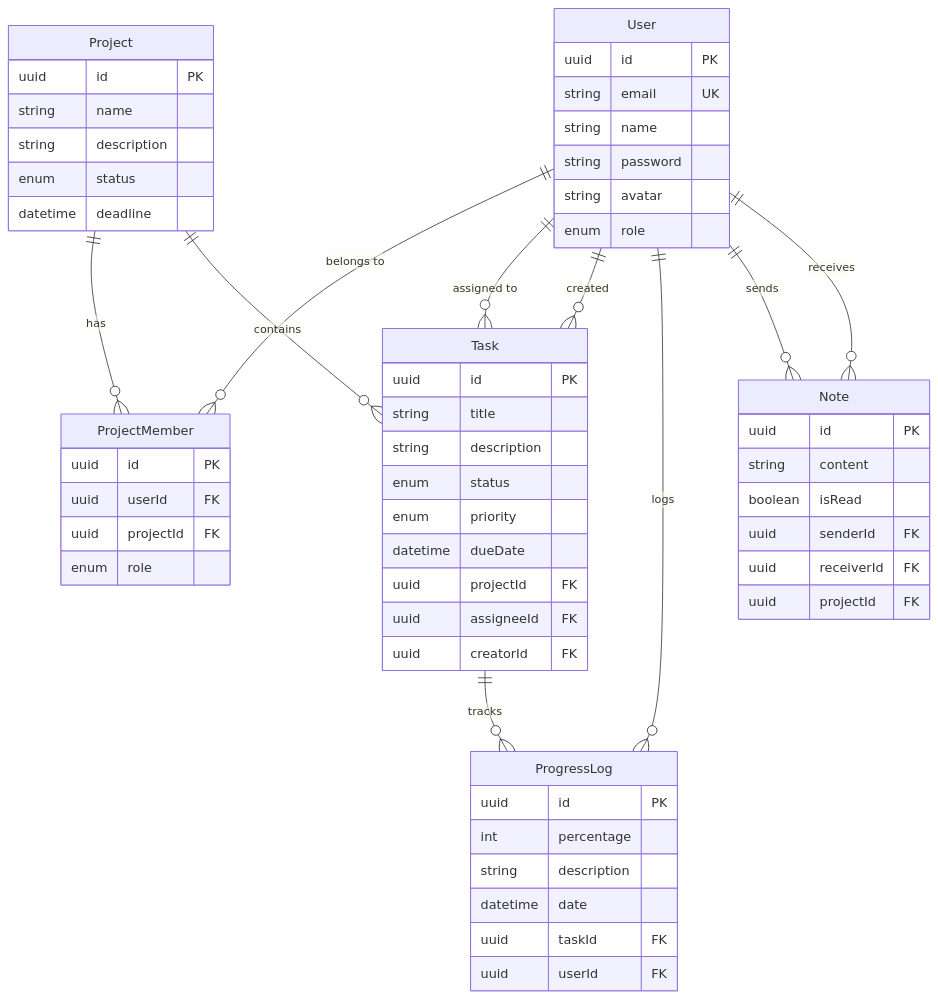
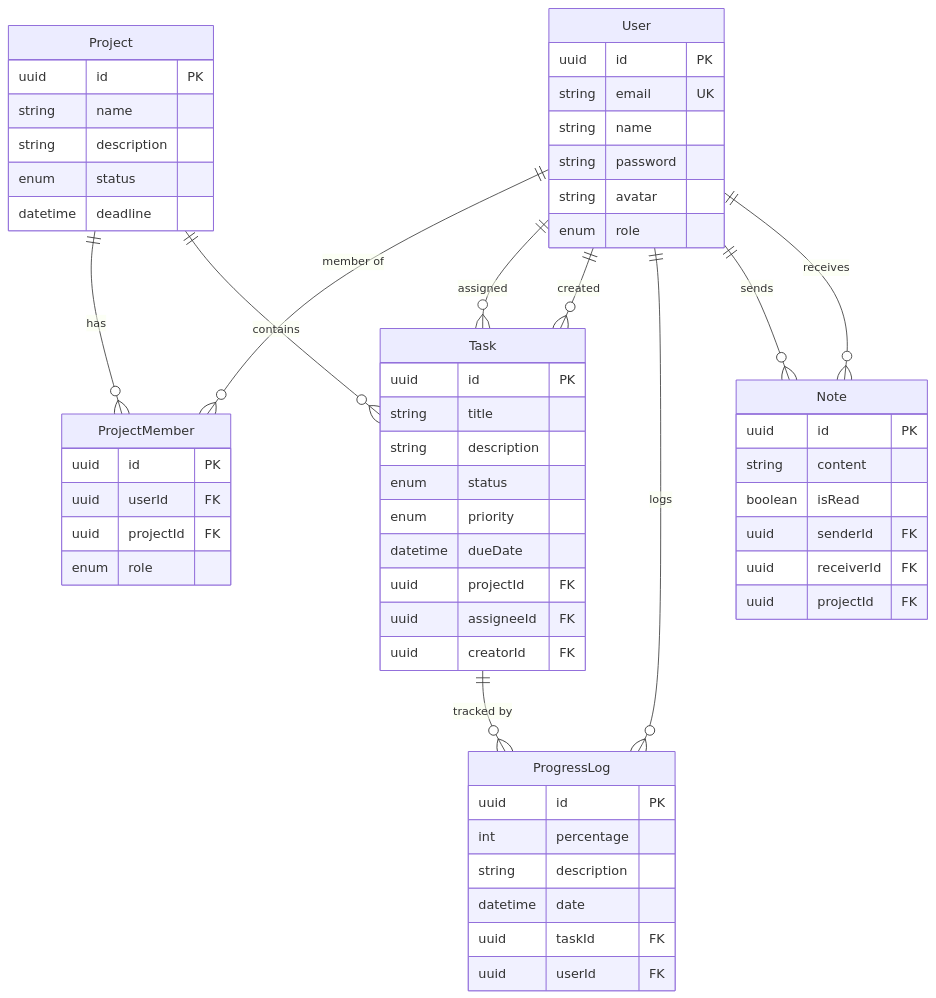
The second of 2 diagrams in README.md (Priyank911/Pulse), drawn with Mermaid before and after one commit. The commit also changed other lines of this file, not shown here.

````diff
--- a/README.md
+++ b/README.md
@@ -129,61 +123,61 @@
 ```mermaid
 erDiagram
     User {
         uuid id PK
         string email UK
         string name
         string password
         string avatar
         enum role
     }
     Project {
         uuid id PK
         string name
         string description
         enum status
         datetime deadline
     }
     ProjectMember {
         uuid id PK
         uuid userId FK
         uuid projectId FK
         enum role
     }
     Task {
         uuid id PK
         string title
         string description
         enum status
         enum priority
         datetime dueDate
         uuid projectId FK
         uuid assigneeId FK
         uuid creatorId FK
     }
     ProgressLog {
         uuid id PK
         int percentage
         string description
         datetime date
         uuid taskId FK
         uuid userId FK
     }
     Note {
         uuid id PK
         string content
         boolean isRead
         uuid senderId FK
         uuid receiverId FK
         uuid projectId FK
     }
 
-    User ||--o{ ProjectMember : "belongs to"
+    User ||--o{ ProjectMember : "member of"
     Project ||--o{ ProjectMember : "has"
     Project ||--o{ Task : "contains"
-    User ||--o{ Task : "assigned to"
+    User ||--o{ Task : "assigned"
     User ||--o{ Task : "created"
-    Task ||--o{ ProgressLog : "tracks"
+    Task ||--o{ ProgressLog : "tracked by"
     User ||--o{ ProgressLog : "logs"
     User ||--o{ Note : "sends"
     User ||--o{ Note : "receives"
 ```
````
